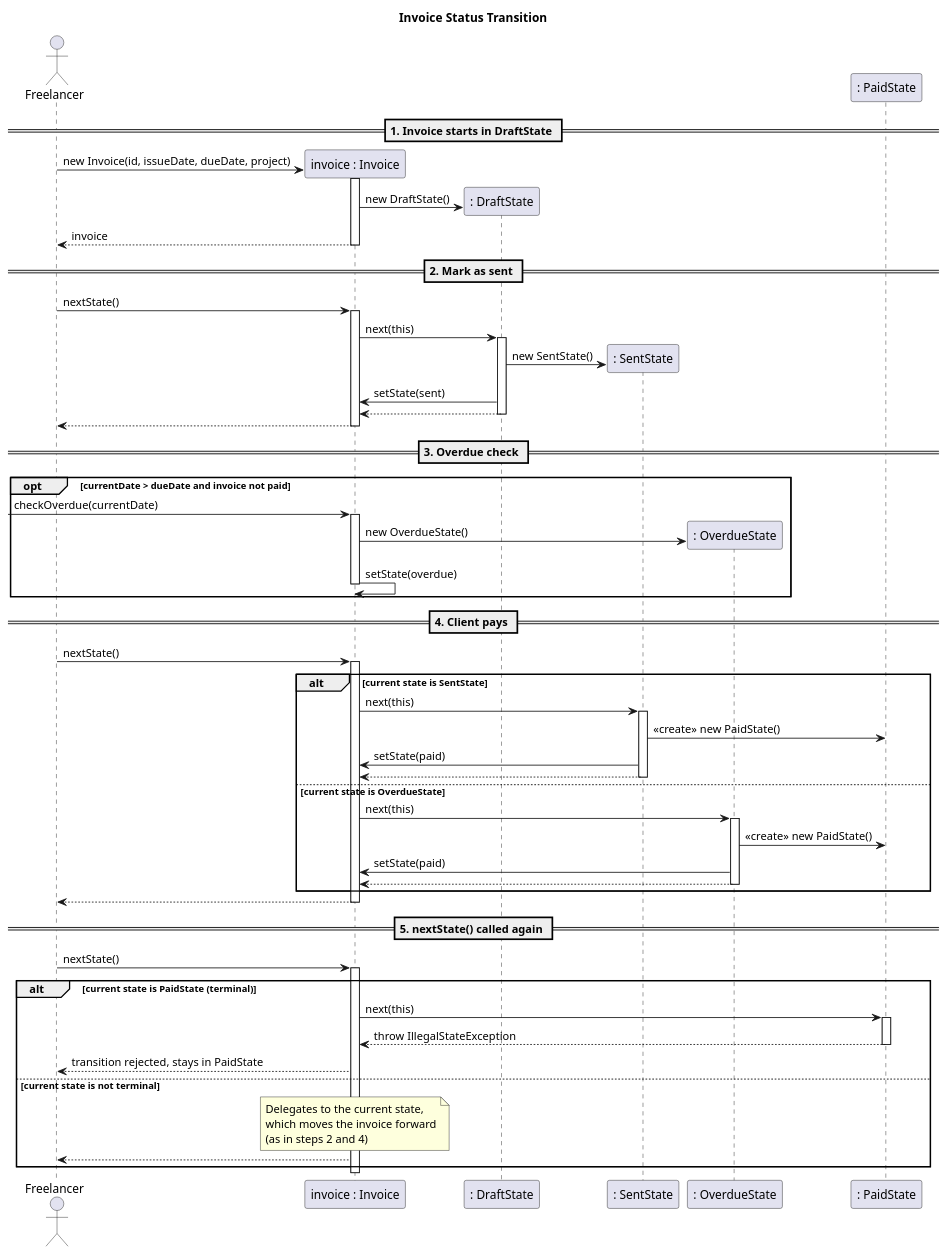
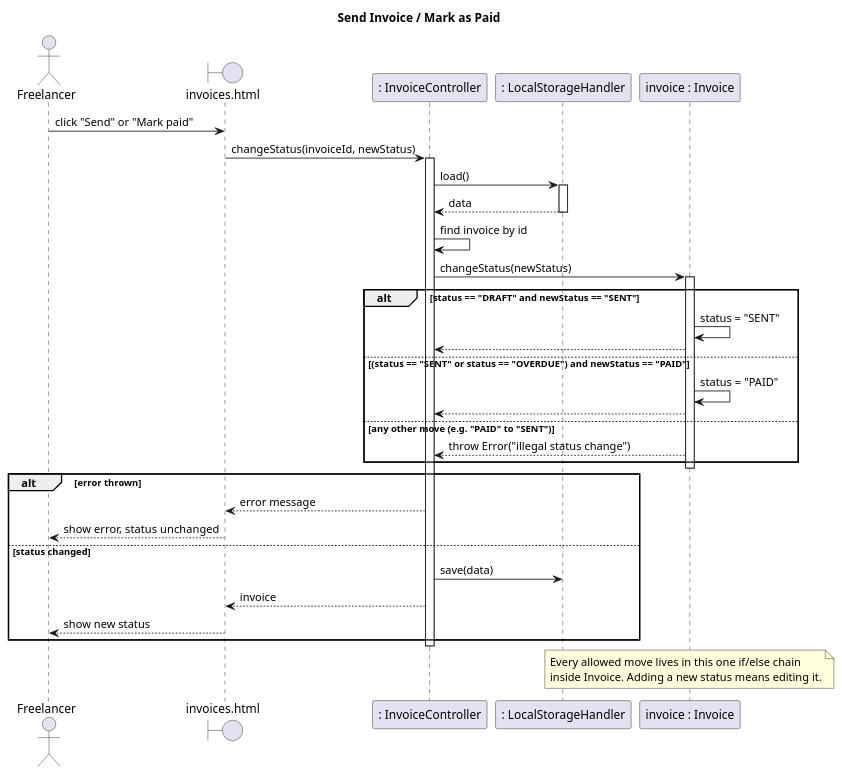
The diagram in diagrams/sequence-state-transition.puml (vguri/freelance-invoice-tracker), drawn with PlantUML before and after one commit. The commit also changed 3 other files, not shown here.

Commit message:
Add overdue sequence diagram and update state transition diagram

```diff
--- a/diagrams/sequence-state-transition.puml
+++ b/diagrams/sequence-state-transition.puml
@@ -1,83 +1,47 @@
 @startuml sequence-state-transition
-title Invoice Status Transition
+title Send Invoice / Mark as Paid
 
 actor Freelancer
+boundary "invoices.html" as page
+participant ": InvoiceController" as ic
+participant ": LocalStorageHandler" as store
 participant "invoice : Invoice" as inv
-participant ": DraftState" as draft
-participant ": SentState" as sent
-participant ": OverdueState" as overdue
-participant ": PaidState" as paid
 
-== 1. Invoice starts in DraftState ==
-create inv
-Freelancer -> inv : new Invoice(id, issueDate, dueDate, project)
+Freelancer -> page : click "Send" or "Mark paid"
+page -> ic : changeStatus(invoiceId, newStatus)
+activate ic
+ic -> store : load()
+activate store
+store --> ic : data
+deactivate store
+ic -> ic : find invoice by id
+
+ic -> inv : changeStatus(newStatus)
 activate inv
-create draft
-inv -> draft : new DraftState()
-inv --> Freelancer : invoice
-deactivate inv
-
-== 2. Mark as sent ==
-Freelancer -> inv : nextState()
-activate inv
-inv -> draft : next(this)
-activate draft
-create sent
-draft -> sent : new SentState()
-draft -> inv : setState(sent)
-draft --> inv
-deactivate draft
-inv --> Freelancer
-deactivate inv
-
-== 3. Overdue check ==
-opt currentDate > dueDate and invoice not paid
-  [-> inv : checkOverdue(currentDate)
-  activate inv
-  create overdue
-  inv -> overdue : new OverdueState()
-  inv -> inv : setState(overdue)
-  deactivate inv
-end
-
-== 4. Client pays ==
-Freelancer -> inv : nextState()
-activate inv
-alt current state is SentState
-  inv -> sent : next(this)
-  activate sent
-  sent -> paid : <<create>> new PaidState()
-  sent -> inv : setState(paid)
-  sent --> inv
-  deactivate sent
-else current state is OverdueState
-  inv -> overdue : next(this)
-  activate overdue
-  overdue -> paid : <<create>> new PaidState()
-  overdue -> inv : setState(paid)
-  overdue --> inv
-  deactivate overdue
-end
-inv --> Freelancer
-deactivate inv
-
-== 5. nextState() called again ==
-Freelancer -> inv : nextState()
-activate inv
-alt current state is PaidState (terminal)
-  inv -> paid : next(this)
-  activate paid
-  paid --> inv : throw IllegalStateException
-  deactivate paid
-  inv --> Freelancer : transition rejected, stays in PaidState
-else current state is not terminal
-  note over inv
-    Delegates to the current state,
-    which moves the invoice forward
-    (as in steps 2 and 4)
-  end note
-  inv --> Freelancer
+alt status == "DRAFT" and newStatus == "SENT"
+  inv -> inv : status = "SENT"
+  inv --> ic
+else (status == "SENT" or status == "OVERDUE") and newStatus == "PAID"
+  inv -> inv : status = "PAID"
+  inv --> ic
+else any other move (e.g. "PAID" to "SENT")
+  inv --> ic : throw Error("illegal status change")
 end
 deactivate inv
 
+alt error thrown
+  ic --> page : error message
+  page --> Freelancer : show error, status unchanged
+else status changed
+  ic -> store : save(data)
+  ic --> page : invoice
+  page --> Freelancer : show new status
+end
+deactivate ic
+
+note over inv
+  Every allowed move lives in this one if/else chain
+  inside Invoice. Adding a new status means editing it.
+end note
+
 @enduml
```
